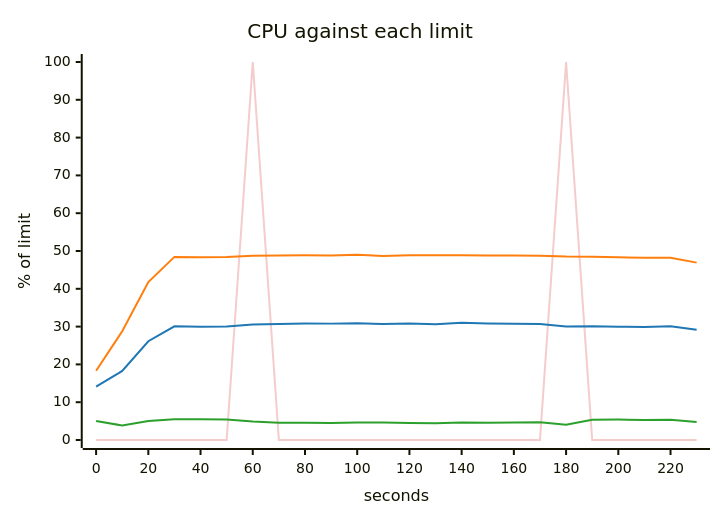
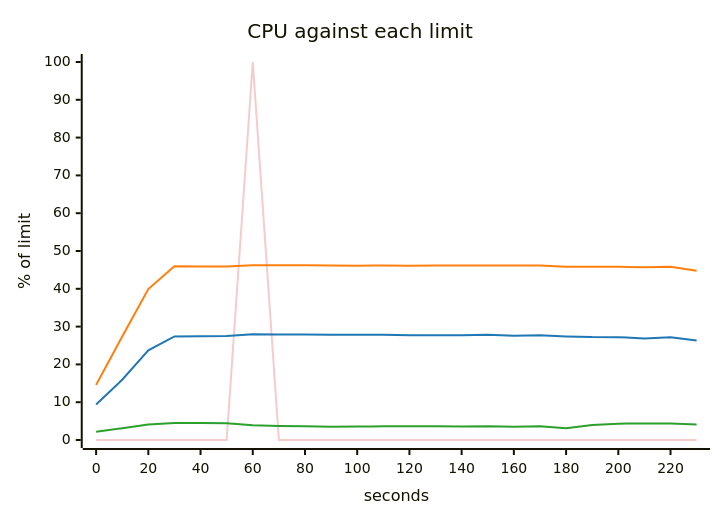
The fifth of 5 diagrams in scenarios/flaky-network/solutions/one-retry/report.md (akinfemi/load-lore), drawn with Mermaid before and after one commit. The commit also changed other lines of this file and 71 other files, not shown here.

````diff
--- a/scenarios/flaky-network/solutions/one-retry/report.md
+++ b/scenarios/flaky-network/solutions/one-retry/report.md
@@ -99,17 +99,17 @@
 ```mermaid
 ---
 config:
   themeVariables:
     xyChart:
       backgroundColor: "transparent"
       plotColorPalette: "#f4cccc, #1f77b4, #ff7f0e, #2ca02c"
 ---
 xychart-beta
     title "CPU against each limit"
     x-axis "seconds" 0 --> 230
     y-axis "% of limit" 0 --> 100
-    line [0, 0, 0, 0, 0, 0, 100, 0, 0, 0, 0, 0, 0, 0, 0, 0, 0, 0, 100, 0, 0, 0, 0, 0]
-    line [14.124, 18.26, 26.124, 30.063, 29.98, 30.015, 30.561, 30.687, 30.842, 30.787, 30.87, 30.659, 30.853, 30.632, 30.992, 30.811, 30.727, 30.68, 30.028, 30.109, 29.975, 29.9, 30.078, 29.166]
-    line [18.328, 28.772, 41.785, 48.44, 48.341, 48.408, 48.714, 48.817, 48.888, 48.841, 48.979, 48.703, 48.892, 48.906, 48.904, 48.795, 48.834, 48.738, 48.516, 48.469, 48.324, 48.245, 48.221, 46.923]
-    line [4.999, 3.836, 5.015, 5.51, 5.486, 5.437, 4.909, 4.553, 4.576, 4.496, 4.638, 4.632, 4.502, 4.412, 4.653, 4.561, 4.626, 4.716, 4.022, 5.354, 5.397, 5.307, 5.345, 4.794]
+    line [0, 0, 0, 0, 0, 0, 100, 0, 0, 0, 0, 0, 0, 0, 0, 0, 0, 0, 0, 0, 0, 0, 0, 0]
+    line [9.387, 15.955, 23.711, 27.398, 27.431, 27.53, 27.986, 27.93, 27.894, 27.858, 27.825, 27.814, 27.741, 27.706, 27.682, 27.861, 27.601, 27.728, 27.406, 27.223, 27.212, 26.868, 27.163, 26.342]
+    line [14.587, 27.362, 39.925, 45.966, 45.888, 45.922, 46.219, 46.213, 46.224, 46.182, 46.126, 46.142, 46.079, 46.135, 46.136, 46.162, 46.157, 46.155, 45.802, 45.829, 45.829, 45.69, 45.812, 44.798]
+    line [2.171, 3.096, 4.079, 4.509, 4.511, 4.445, 3.932, 3.72, 3.655, 3.524, 3.562, 3.609, 3.605, 3.631, 3.577, 3.664, 3.535, 3.627, 3.12, 3.955, 4.31, 4.395, 4.339, 4.11]
 ```
````
